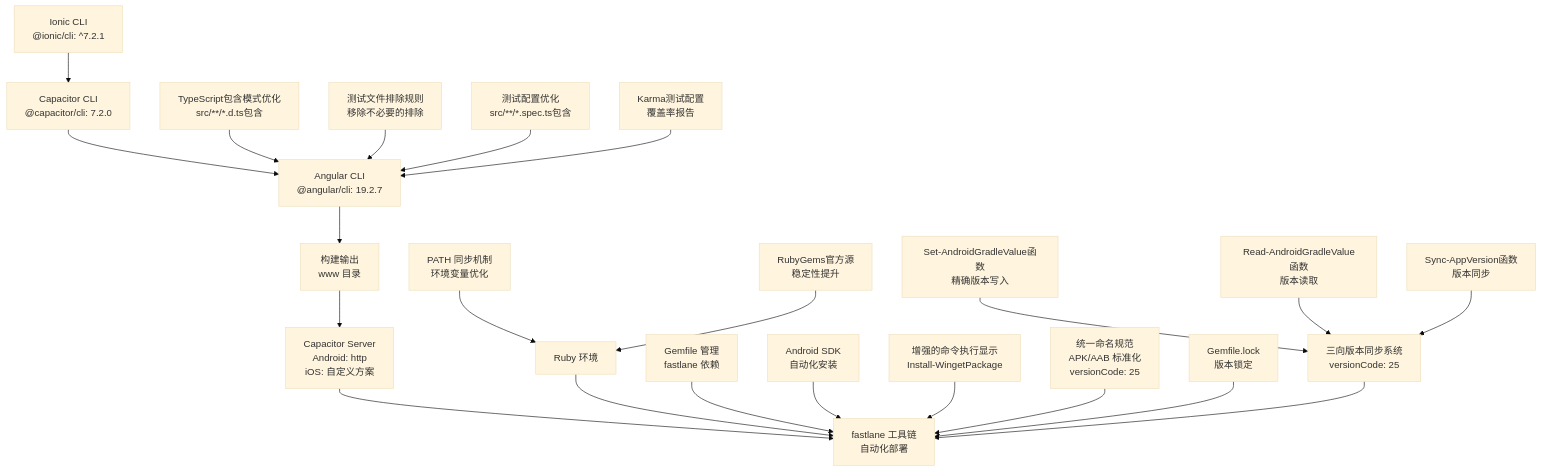
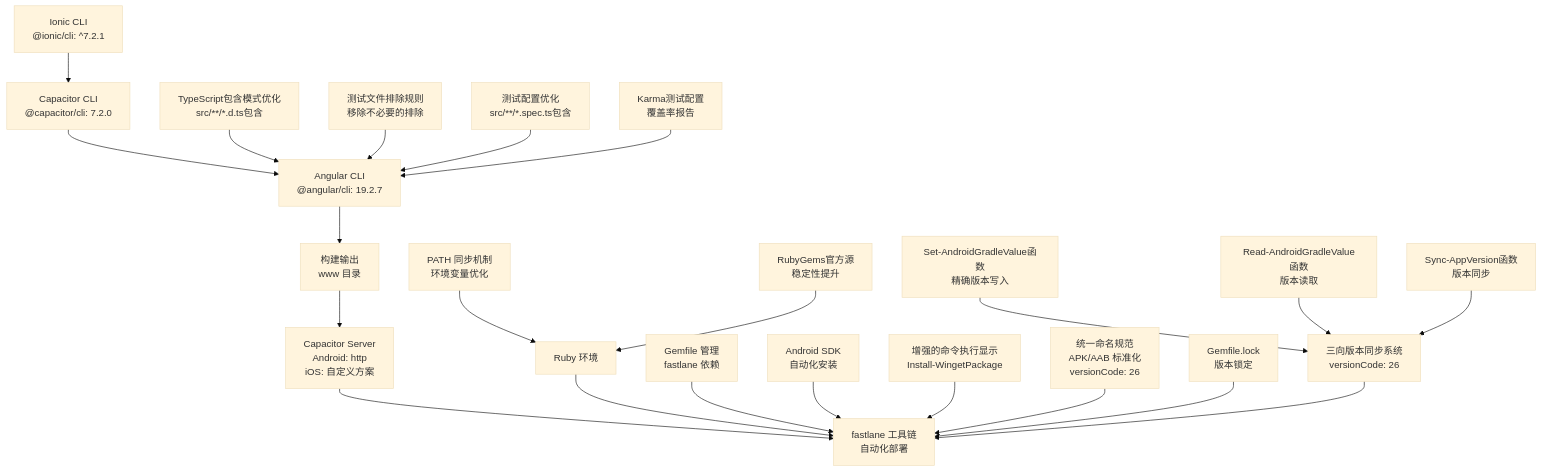
The third of 6 diagrams in .qoder/repowiki/zh/content/构建与部署/构建配置.md (tea4go/Macro-Deck-Client-App), drawn with Mermaid (base theme) before and after one commit. The commit also changed other lines of this file and 50 other files, not shown here.

````diff
--- a/.qoder/repowiki/zh/content/构建与部署/构建配置.md
+++ b/.qoder/repowiki/zh/content/构建与部署/构建配置.md
@@ -385,24 +385,24 @@
 ```mermaid
 graph TB
 A["Ionic CLI<br/>@ionic/cli: ^7.2.1"] --> B["Capacitor CLI<br/>@capacitor/cli: 7.2.0"]
 B --> C["Angular CLI<br/>@angular/cli: 19.2.7"]
 C --> D["构建输出<br/>www 目录"]
 D --> E["Capacitor Server<br/>Android: http<br/>iOS: 自定义方案"]
 E --> F["fastlane 工具链<br/>自动化部署"]
 G["Ruby 环境"] --> F
 H["Gemfile 管理<br/>fastlane 依赖"] --> F
 I["Android SDK<br/>自动化安装"] --> F
 J["PATH 同步机制<br/>环境变量优化"] --> G
 K["增强的命令执行显示<br/>Install-WingetPackage"] --> F
-L["统一命名规范<br/>APK/AAB 标准化<br/>versionCode: 25"] --> F
+L["统一命名规范<br/>APK/AAB 标准化<br/>versionCode: 26"] --> F
 M["Gemfile.lock<br/>版本锁定"] --> F
 N["RubyGems官方源<br/>稳定性提升"] --> G
-O["三向版本同步系统<br/>versionCode: 25"] --> F
+O["三向版本同步系统<br/>versionCode: 26"] --> F
 P["Set-AndroidGradleValue函数<br/>精确版本写入"] --> O
 Q["Read-AndroidGradleValue函数<br/>版本读取"] --> O
 R["Sync-AppVersion函数<br/>版本同步"] --> O
 S["TypeScript包含模式优化<br/>src/**/*.d.ts包含"] --> C
 T["测试文件排除规则<br/>移除不必要的排除"] --> C
 U["测试配置优化<br/>src/**/*.spec.ts包含"] --> C
 V["Karma测试配置<br/>覆盖率报告"] --> C
 ```
````
